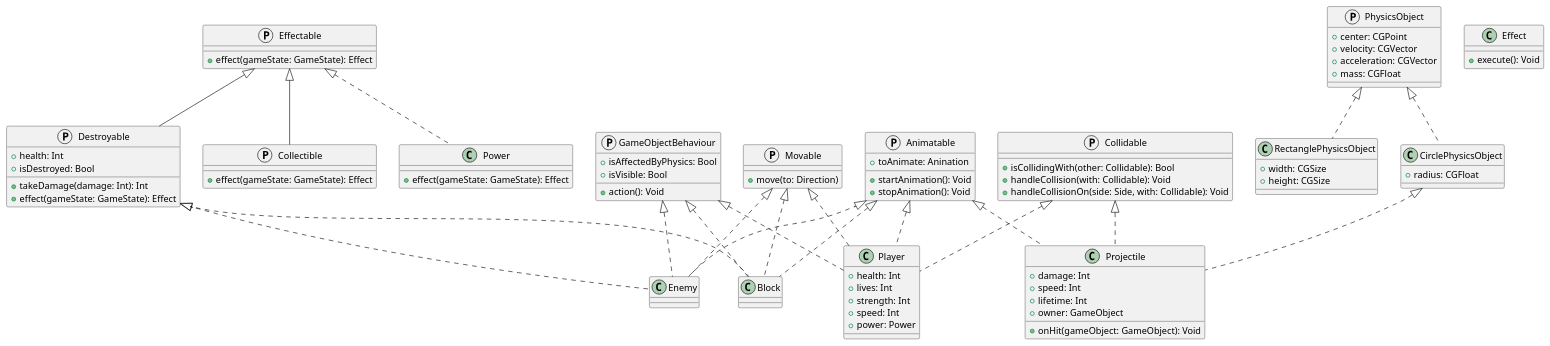
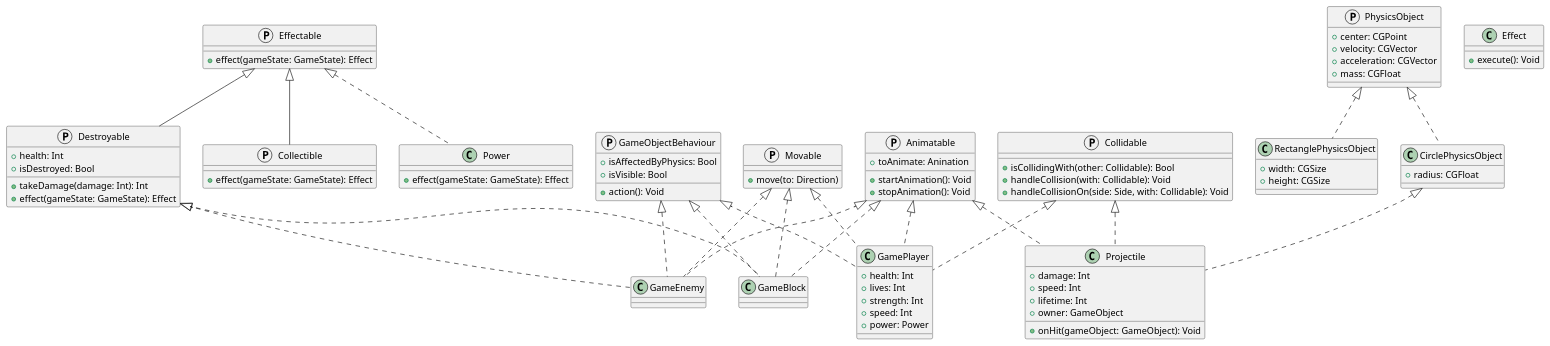
One commit to JCSnap/cs3217-sample-architecture changed the diagram in plantuml/game.puml. Above: the diagram before and after it, drawn with PlantUML. The commit also changed 2 other files, not shown here.

Commit message:
add level designer architecture

```diff
--- a/plantuml/game.puml
+++ b/plantuml/game.puml
@@ -1,87 +1,87 @@
 @startuml
 
 protocol Effectable {
     +effect(gameState: GameState): Effect
 }
 
 protocol Animatable {
     +toAnimate: Anination
     +startAnimation(): Void
     +stopAnimation(): Void
 }
 
 protocol Destroyable extends Effectable {
     +health: Int
     +isDestroyed: Bool
     +takeDamage(damage: Int): Int
     +effect(gameState: GameState): Effect
 }
 
 protocol Collidable {
     +isCollidingWith(other: Collidable): Bool
     +handleCollision(with: Collidable): Void
     +handleCollisionOn(side: Side, with: Collidable): Void
 }
 
 protocol Movable {
     +move(to: Direction)
 }
 
 protocol Collectible extends Effectable {
     +effect(gameState: GameState): Effect
 }
 
 protocol GameObjectBehaviour {
     +isAffectedByPhysics: Bool
     +isVisible: Bool
 
     +action(): Void
 }
 
 class Power implements Effectable {
     +effect(gameState: GameState): Effect
 }
 
-class Enemy implements Destroyable, GameObjectBehaviour, Movable, Animatable {
+class GameEnemy implements Destroyable, GameObjectBehaviour, Movable, Animatable {
 }
 
-class Block implements Destroyable, GameObjectBehaviour, Movable, Animatable {
+class GameBlock implements Destroyable, GameObjectBehaviour, Movable, Animatable {
 }
 
 class Effect {
     +execute(): Void
 }
 
-class Player implements GameObjectBehaviour, Collidable, Movable, Animatable {
+class GamePlayer implements GameObjectBehaviour, Collidable, Movable, Animatable {
     +health: Int
     +lives: Int
     +strength: Int
     +speed: Int
     +power: Power
 }
 
 class Projectile implements CirclePhysicsObject, Collidable, Animatable {
     +damage: Int
     +speed: Int
     +lifetime: Int
     +owner: GameObject
     +onHit(gameObject: GameObject): Void
 }
 
 protocol PhysicsObject {
     +center: CGPoint
     +velocity: CGVector
     +acceleration: CGVector
     +mass: CGFloat
 }
 
 class CirclePhysicsObject implements PhysicsObject {
     +radius: CGFloat
 }
 
 class RectanglePhysicsObject implements PhysicsObject {
     +width: CGSize
     +height: CGSize
 }
 
 @enduml
```
